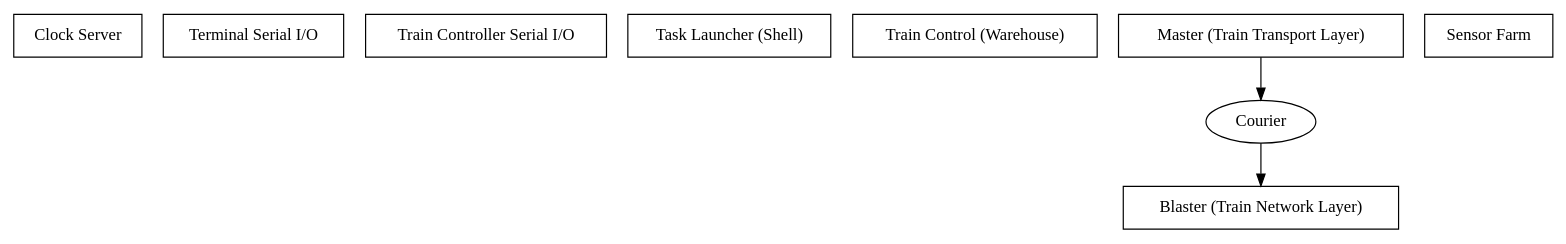
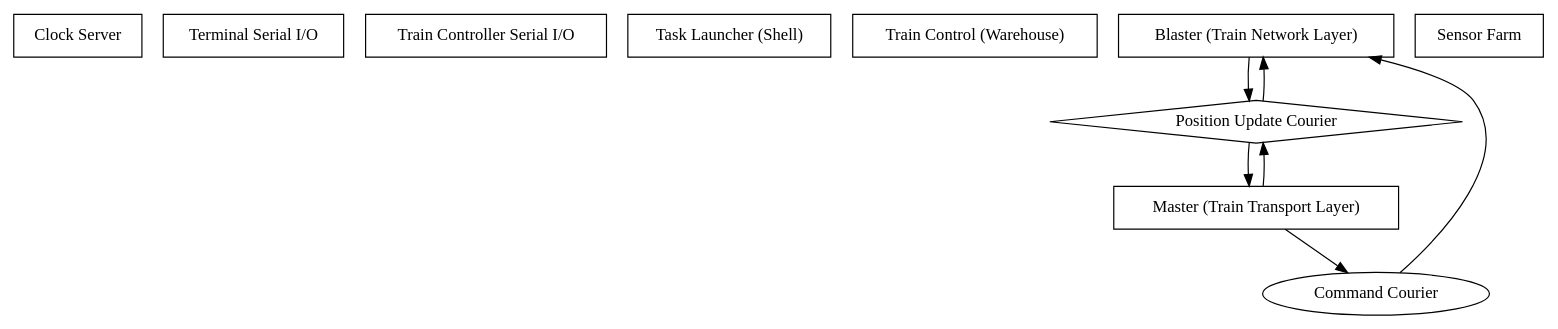
The diagram in report/tasks.dot (ferrous26/cs452-flaming-meme), drawn with Graphviz before and after one commit. The commit also changed 1 other file, not shown here.

Commit message:
Fix graph generation boo boo and add some more to the graph

```diff
--- a/report/tasks.dot
+++ b/report/tasks.dot
@@ -1,18 +1,21 @@
 digraph tasks {
 
   clock_server  [label = "Clock Server", shape = record];
   term_server   [label = "Terminal Serial I/O", shape = record];
   train_server  [label = "Train Controller Serial I/O", shape = record];
 
   task_launcher [label = "Task Launcher (Shell)", shape = record];
 
   train_control [label = "Train Control (Warehouse)", shape = record];
   blaster       [label = "Blaster (Train Network Layer)", shape = record];
   master        [label = "Master (Train Transport Layer)", shape = record];
-  master_blaster_courier [label = "Courier", shape = oval];
 
-  master -> master_blaster_courier -> blaster;
+  mb_command_courier [label = "Command Courier", shape = oval];
+  master -> mb_command_courier -> blaster;
+  
+  mb_location_courier [label = "Position Update Courier", shape = diamond];
+  master -> mb_location_courier -> blaster -> mb_location_courier -> master;
 
   sensor_farm   [label = "Sensor Farm", shape = record];
 
 }
```
